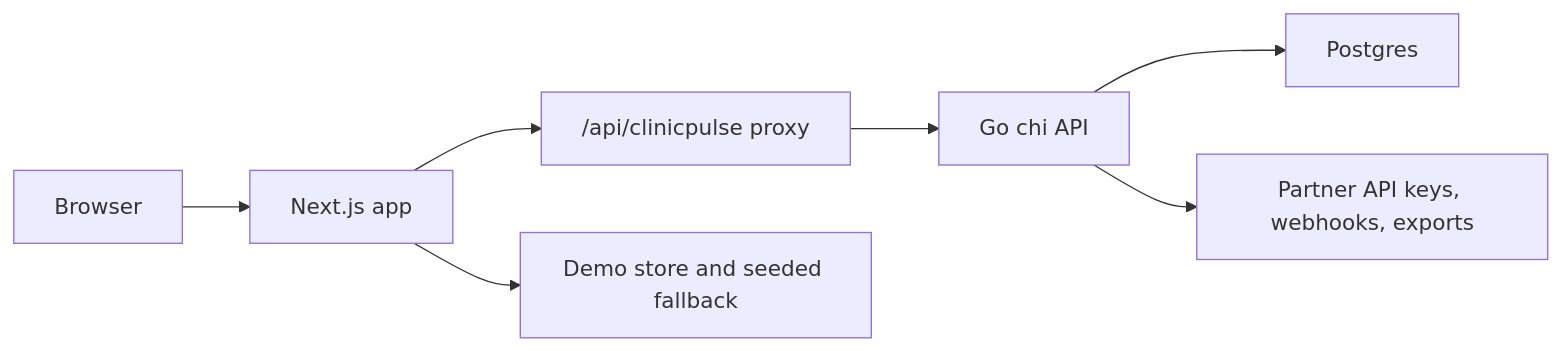
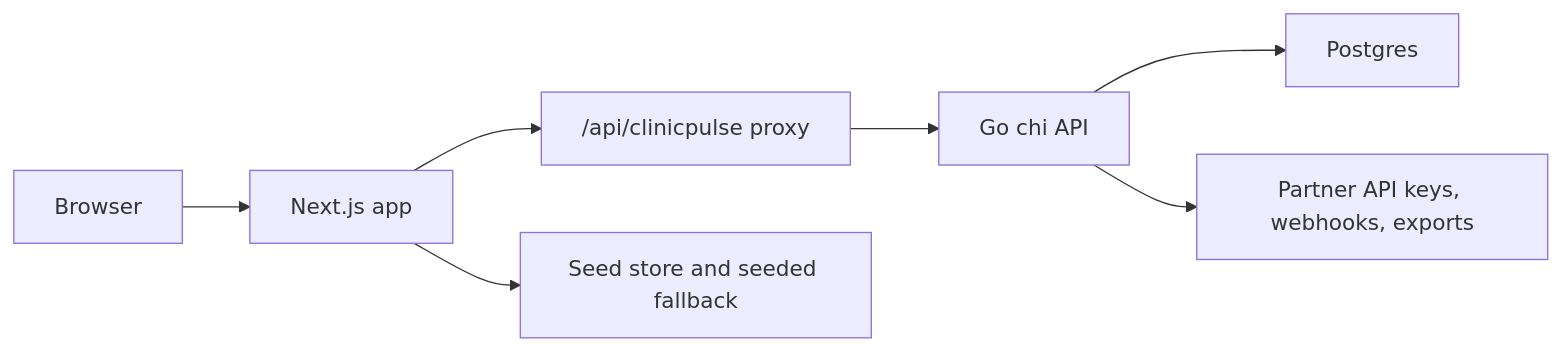
The diagram in README.md (nyashahama/clinic-pulse), drawn with Mermaid before and after one commit. The commit also changed other lines of this file and 3 other files, not shown here.

````diff
--- a/README.md
+++ b/README.md
@@ -105,9 +105,9 @@
 ```mermaid
 flowchart LR
   Browser["Browser"] --> Next["Next.js app"]
   Next --> Proxy["/api/clinicpulse proxy"]
   Proxy --> API["Go chi API"]
   API --> Postgres["Postgres"]
-  Next --> DemoStore["Demo store and seeded fallback"]
+  Next --> SeedStore["Seed store and seeded fallback"]
   API --> Partner["Partner API keys, webhooks, exports"]
 ```
````
